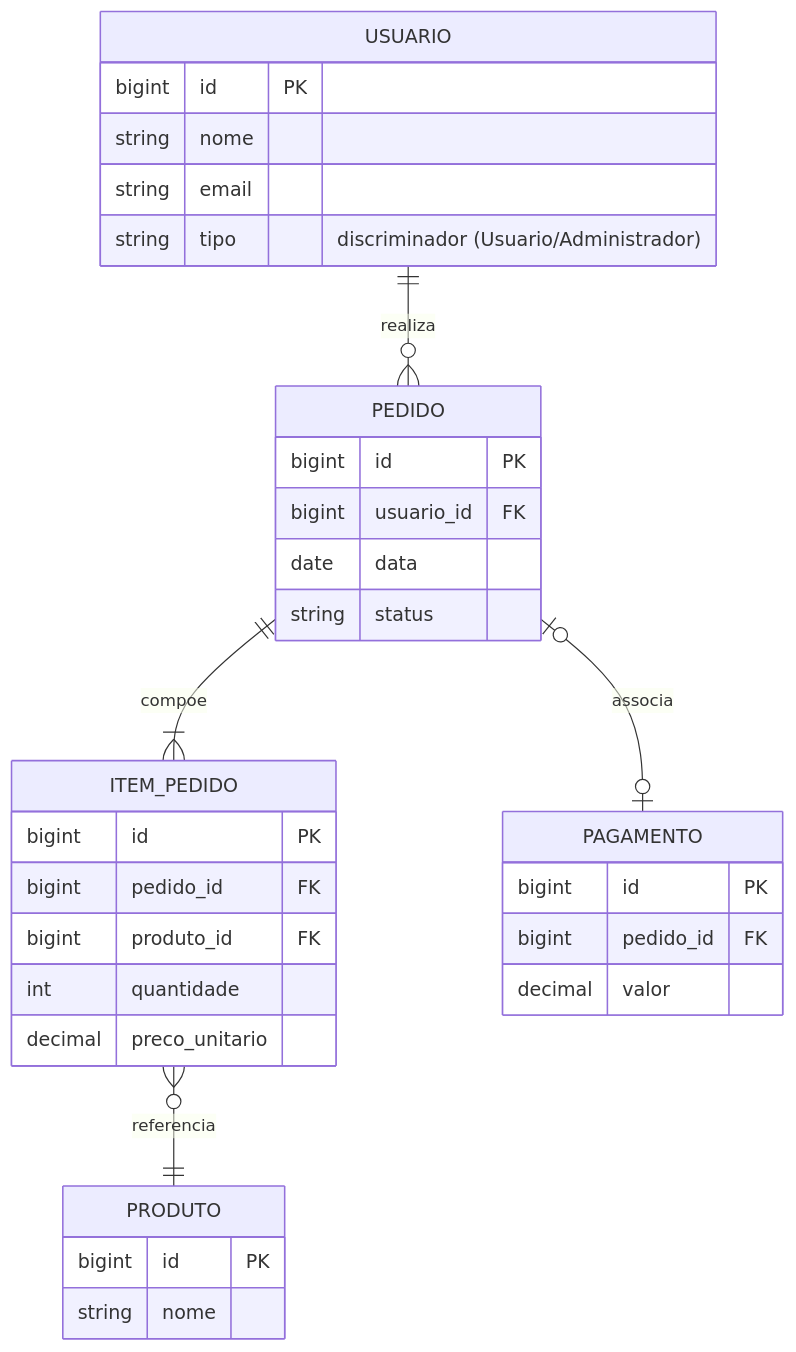
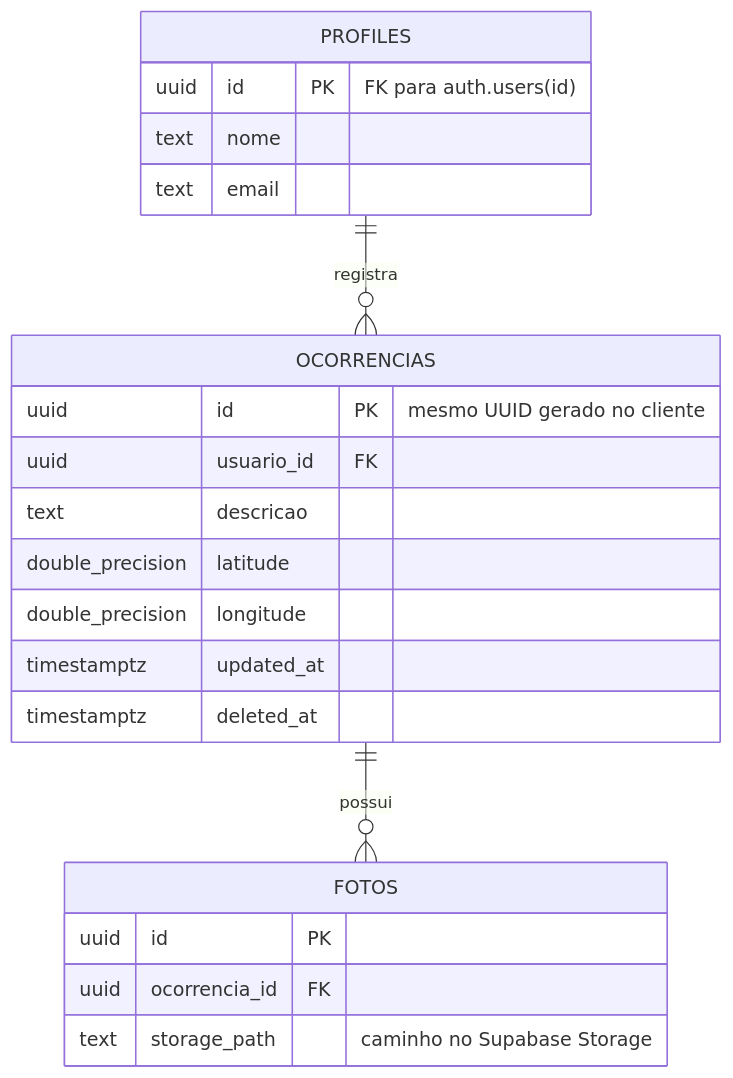
Before and after one commit to JpCobraC/SindiFlow: the fourth of 10 diagrams in agent_tools/SKILL.md, drawn with Mermaid. The commit also changed other lines of this file and 1 other file, not shown here.

````diff
--- a/agent_tools/SKILL.md
+++ b/agent_tools/SKILL.md
@@ -135,36 +218,25 @@
 ```mermaid
 erDiagram
-    USUARIO ||--o{ PEDIDO : realiza
-    PEDIDO ||--|{ ITEM_PEDIDO : compoe
-    ITEM_PEDIDO }o--|| PRODUTO : referencia
-    PEDIDO |o--o| PAGAMENTO : associa
+    PROFILES ||--o{ OCORRENCIAS : registra
+    OCORRENCIAS ||--o{ FOTOS : possui
 
-    USUARIO {
-        bigint id PK
-        string nome
-        string email
-        string tipo "discriminador (Usuario/Administrador)"
+    PROFILES {
+        uuid id PK "FK para auth.users(id)"
+        text nome
+        text email
     }
-    PEDIDO {
-        bigint id PK
-        bigint usuario_id FK
-        date data
-        string status
+    OCORRENCIAS {
+        uuid id PK "mesmo UUID gerado no cliente"
+        uuid usuario_id FK
+        text descricao
+        double_precision latitude
+        double_precision longitude
+        timestamptz updated_at
+        timestamptz deleted_at
     }
-    ITEM_PEDIDO {
-        bigint id PK
-        bigint pedido_id FK
-        bigint produto_id FK
-        int quantidade
-        decimal preco_unitario
-    }
-    PRODUTO {
-        bigint id PK
-        string nome
-    }
-    PAGAMENTO {
-        bigint id PK
-        bigint pedido_id FK
-        decimal valor
+    FOTOS {
+        uuid id PK
+        uuid ocorrencia_id FK
+        text storage_path "caminho no Supabase Storage"
     }
 ```
````
